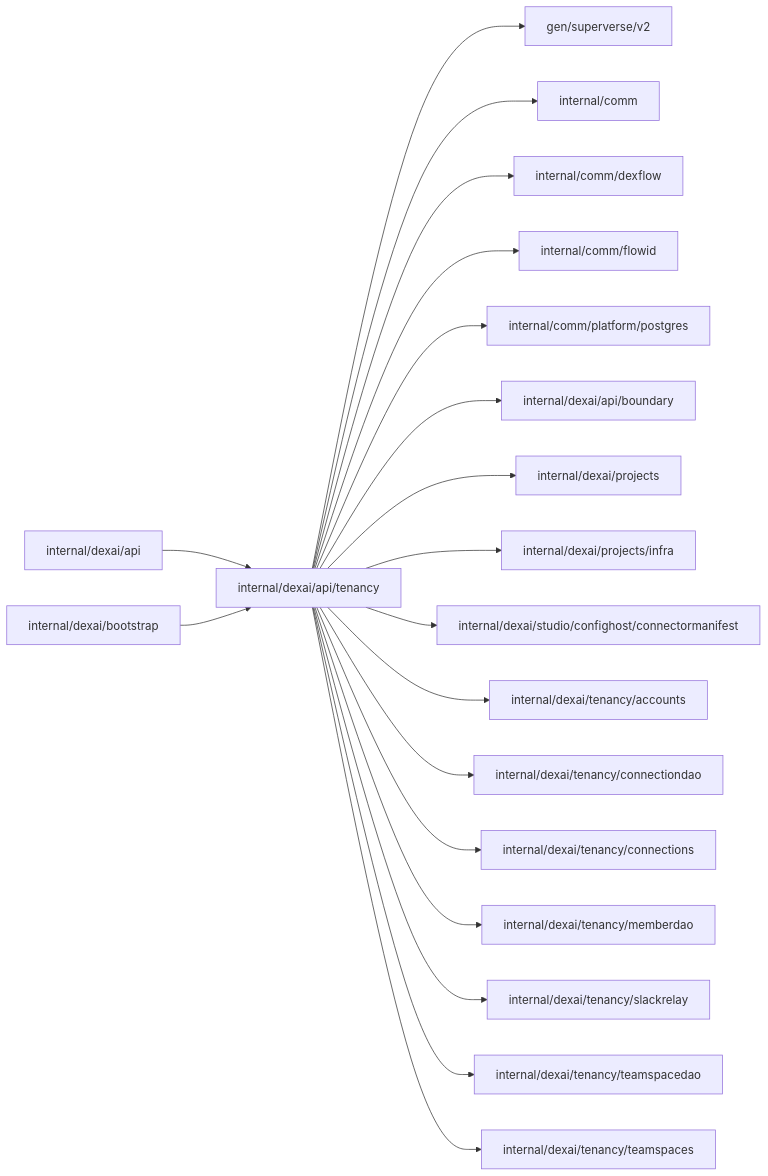
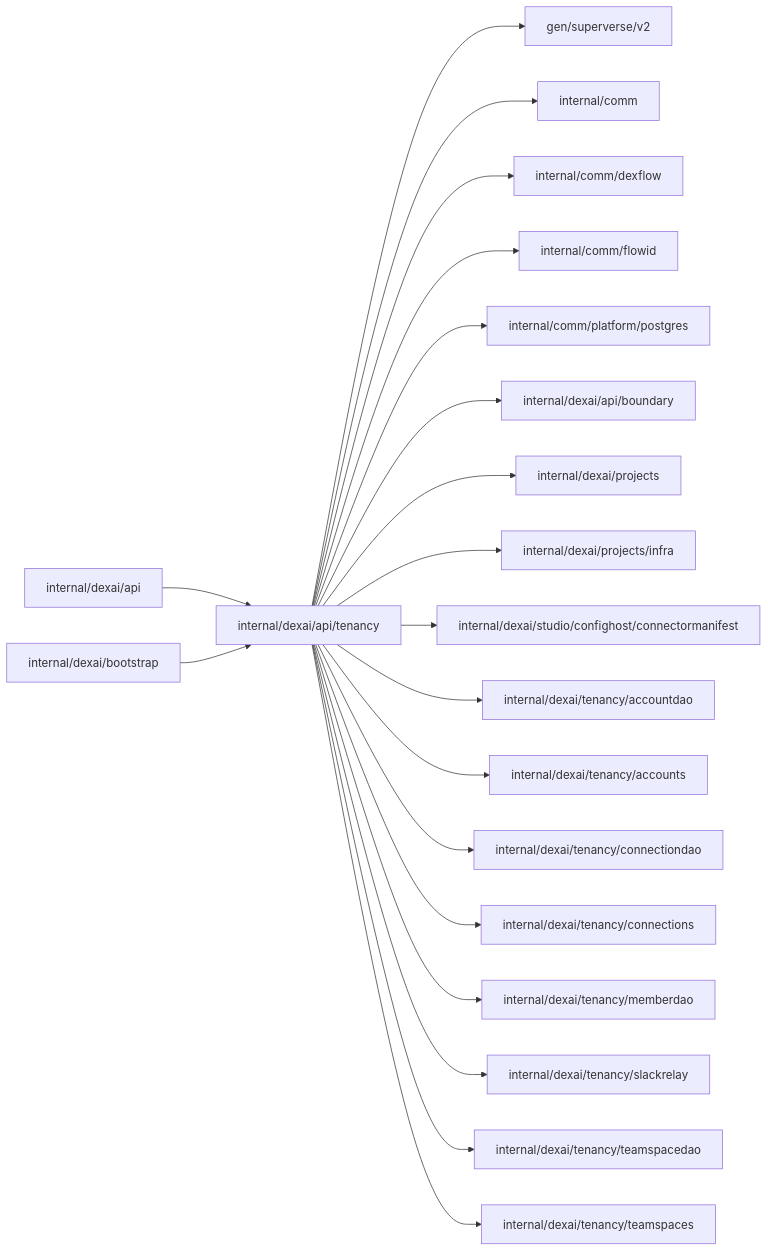
One commit to superdurable/superverse changed the diagram in internal/dexai/api/tenancy/README.md. Above: the diagram before and after it, drawn with Mermaid. The commit also changed other lines of this file and 96 other files, not shown here.

````diff
--- a/internal/dexai/api/tenancy/README.md
+++ b/internal/dexai/api/tenancy/README.md
@@ -10,22 +10,23 @@
 ```mermaid
 flowchart LR
   self["internal/dexai/api/tenancy"]
   c0["internal/dexai/api"] --> self
   c1["internal/dexai/bootstrap"] --> self
   self --> d0["gen/superverse/v2"]
   self --> d1["internal/comm"]
   self --> d2["internal/comm/dexflow"]
   self --> d3["internal/comm/flowid"]
   self --> d4["internal/comm/platform/postgres"]
   self --> d5["internal/dexai/api/boundary"]
   self --> d6["internal/dexai/projects"]
   self --> d7["internal/dexai/projects/infra"]
   self --> d8["internal/dexai/studio/confighost/connectormanifest"]
-  self --> d9["internal/dexai/tenancy/accounts"]
-  self --> d10["internal/dexai/tenancy/connectiondao"]
-  self --> d11["internal/dexai/tenancy/connections"]
-  self --> d12["internal/dexai/tenancy/memberdao"]
-  self --> d13["internal/dexai/tenancy/slackrelay"]
-  self --> d14["internal/dexai/tenancy/teamspacedao"]
-  self --> d15["internal/dexai/tenancy/teamspaces"]
+  self --> d9["internal/dexai/tenancy/accountdao"]
+  self --> d10["internal/dexai/tenancy/accounts"]
+  self --> d11["internal/dexai/tenancy/connectiondao"]
+  self --> d12["internal/dexai/tenancy/connections"]
+  self --> d13["internal/dexai/tenancy/memberdao"]
+  self --> d14["internal/dexai/tenancy/slackrelay"]
+  self --> d15["internal/dexai/tenancy/teamspacedao"]
+  self --> d16["internal/dexai/tenancy/teamspaces"]
 ```
````
